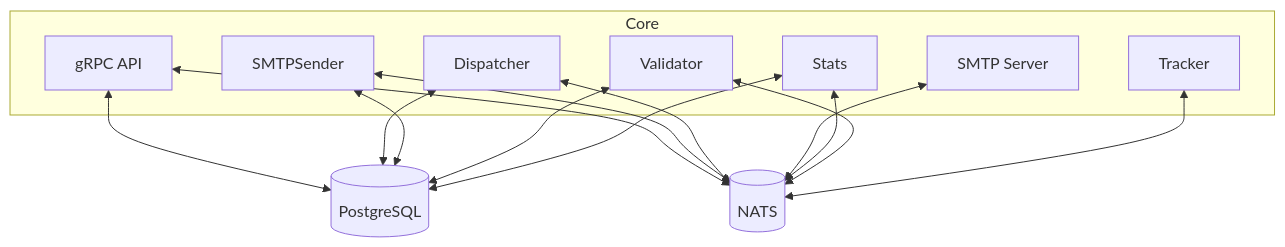
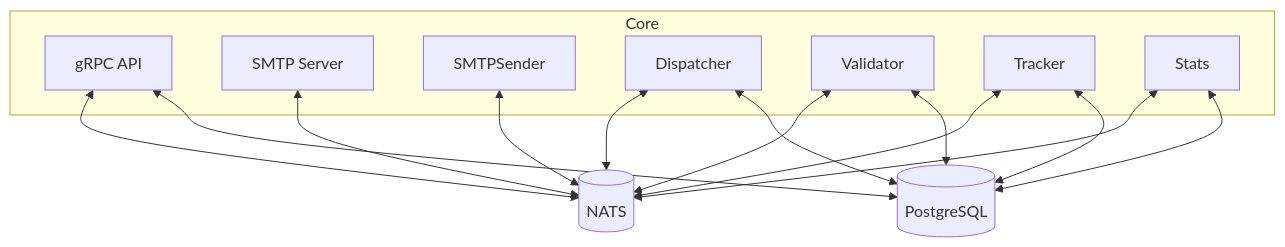
One commit to kannon-email/kannon changed the second of 2 diagrams in ARCHITECTURE.md. Above: the diagram before and after it, drawn with Mermaid. The commit also changed other lines of this file and 3 other files, not shown here.

````diff
--- a/ARCHITECTURE.md
+++ b/ARCHITECTURE.md
@@ -354,26 +355,26 @@
 ```mermaid
 flowchart TD
     subgraph Core
         API["gRPC API"]
         SMTP["SMTP Server"]
         SMTPSender["SMTPSender"]
         Dispatcher["Dispatcher"]
         Validator["Validator"]
         Tracker["Tracker"]
         Stats["Stats"]
     end
     DB[(PostgreSQL)]
     NATS[(NATS)]
     API <--> DB
     Dispatcher <--> DB
-    SMTPSender <--> DB
     Validator <--> DB
     Stats <--> DB
+    Tracker <--> DB
     API <--> NATS
     SMTPSender <--> NATS
     Dispatcher <--> NATS
     SMTP <--> NATS
     Stats <--> NATS
     Validator <--> NATS
     Tracker <--> NATS
 ```
````
